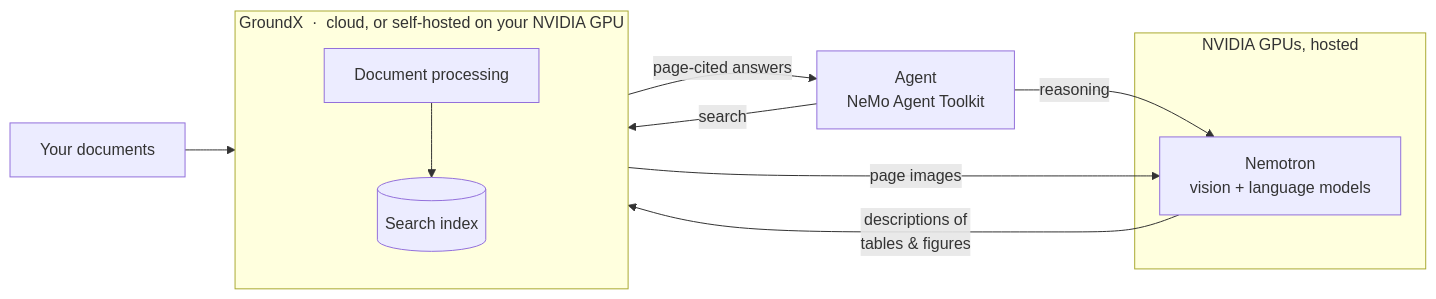
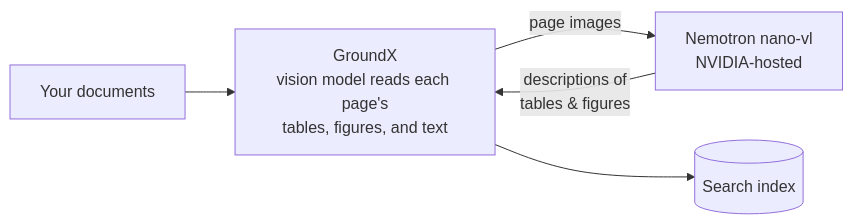
One commit to EyeLevel-ai/groundx-nvidia-quickstart changed the first of 2 diagrams in README.md. Above: the diagram before and after it, drawn with Mermaid. The commit also changed other lines of this file and 3 other files, not shown here.

Commit message:
Engineer-lens review fixes: results-not-answers edge, model names in diagrams, MCP explained at first use, Scenario B run-on-machine, harness skills table

````diff
--- a/README.md
+++ b/README.md
@@ -13,18 +13,7 @@
 ```mermaid
 flowchart LR
-    subgraph GX["GroundX &nbsp;·&nbsp; cloud, or self-hosted on your NVIDIA GPU"]
-        direction TB
-        ING["Document processing"]
-        IDX[("Search index")]
-        ING --> IDX
-    end
-    subgraph NV["NVIDIA GPUs, hosted"]
-        NEMO["Nemotron<br/>vision + language models"]
-    end
-    DOCS["Your documents"] --> ING
-    ING -- "page images" --> NEMO
-    NEMO -- "descriptions of<br/>tables & figures" --> ING
-    AGENT["Agent<br/>NeMo Agent Toolkit"] -- "reasoning" --> NEMO
-    AGENT -- "search" --> IDX
-    IDX -- "page-cited answers" --> AGENT
+    D["Your documents"] --> G["GroundX<br/>vision model reads each page's<br/>tables, figures, and text"]
+    G -- "page images" --> N["Nemotron nano-vl<br/>NVIDIA-hosted"]
+    N -- "descriptions of<br/>tables & figures" --> G
+    G --> X[("Search index")]
 ```
````
